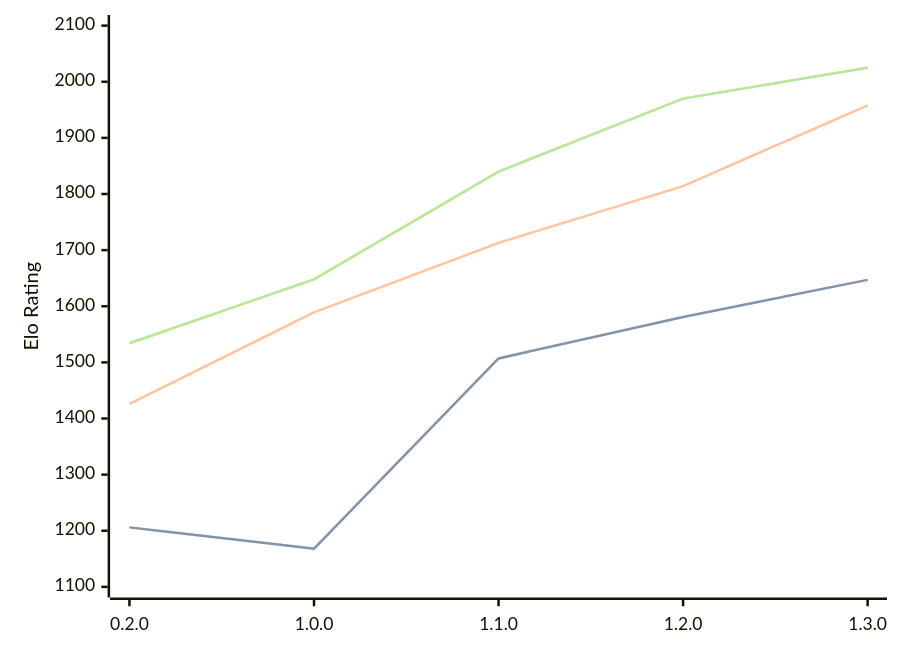
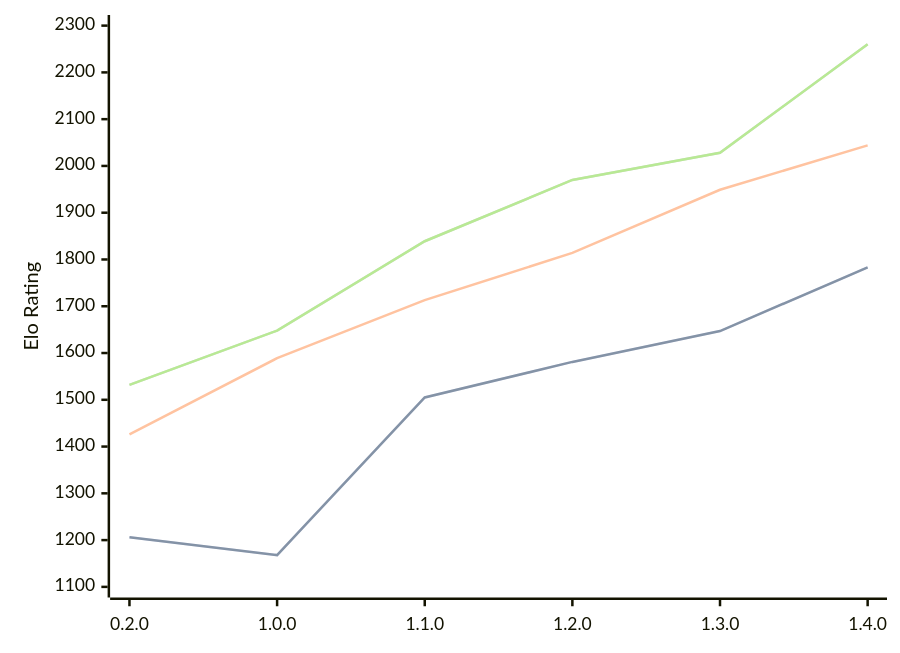
One commit to computer-chess-index/cci changed the diagram in engines/Zeppelin.md. Above: the diagram before and after it, drawn with Mermaid. The commit also changed other lines of this file, not shown here.

Commit message:
Update CCI Ratings (ELO VLTC) - 2026-03-14

````diff
--- a/engines/Zeppelin.md
+++ b/engines/Zeppelin.md
@@ -35,11 +36,11 @@
 ```mermaid
 %%{init: {"theme":"base","themeVariables":{"seriesColors:['#a3a3a3','#222221','#faa371']}}}%%
 xychart-beta
-  x-axis ["0.2.0", "1.0.0", "1.1.0", "1.2.0", "1.3.0"]
-  y-axis "Elo Rating" 1100 --> 2100
-  line "STC (8.0+0.08s)" [1206, 1168, 1507, 1581, 1647]
-  line "STC (8.0+0.08s)" [1206, 1168, 1507, 1581, 1647]
-  line "LTC (60.0+0.60s)" [1426, 1589, 1713, 1814, 1958]
-  line "VLTC (2m24s+1.12s)" [1534, 1648, 1840, 1970, 2025]
-  line "VLTC (2m24s+1.12s)" [1534, 1648, 1840, 1970, 2025]
+  x-axis ["0.2.0", "1.0.0", "1.1.0", "1.2.0", "1.3.0", "1.4.0"]
+  y-axis "Elo Rating" 1100 --> 2300
+  line "STC (8.0+0.08s)" [1206, 1168, 1505, 1581, 1647, 1783]
+  line "STC (8.0+0.08s)" [1206, 1168, 1505, 1581, 1647, 1783]
+  line "LTC (60.0+0.60s)" [1426, 1589, 1713, 1814, 1949, 2044]
+  line "VLTC (2m24s+1.12s)" [1532, 1648, 1839, 1970, 2028, 2260]
+  line "VLTC (2m24s+1.12s)" [1532, 1648, 1839, 1970, 2028, 2260]
 ```
````
